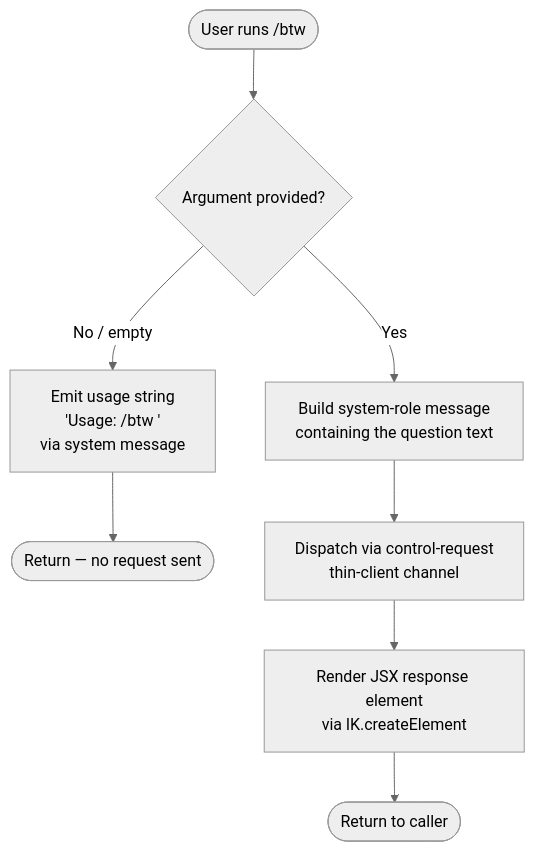
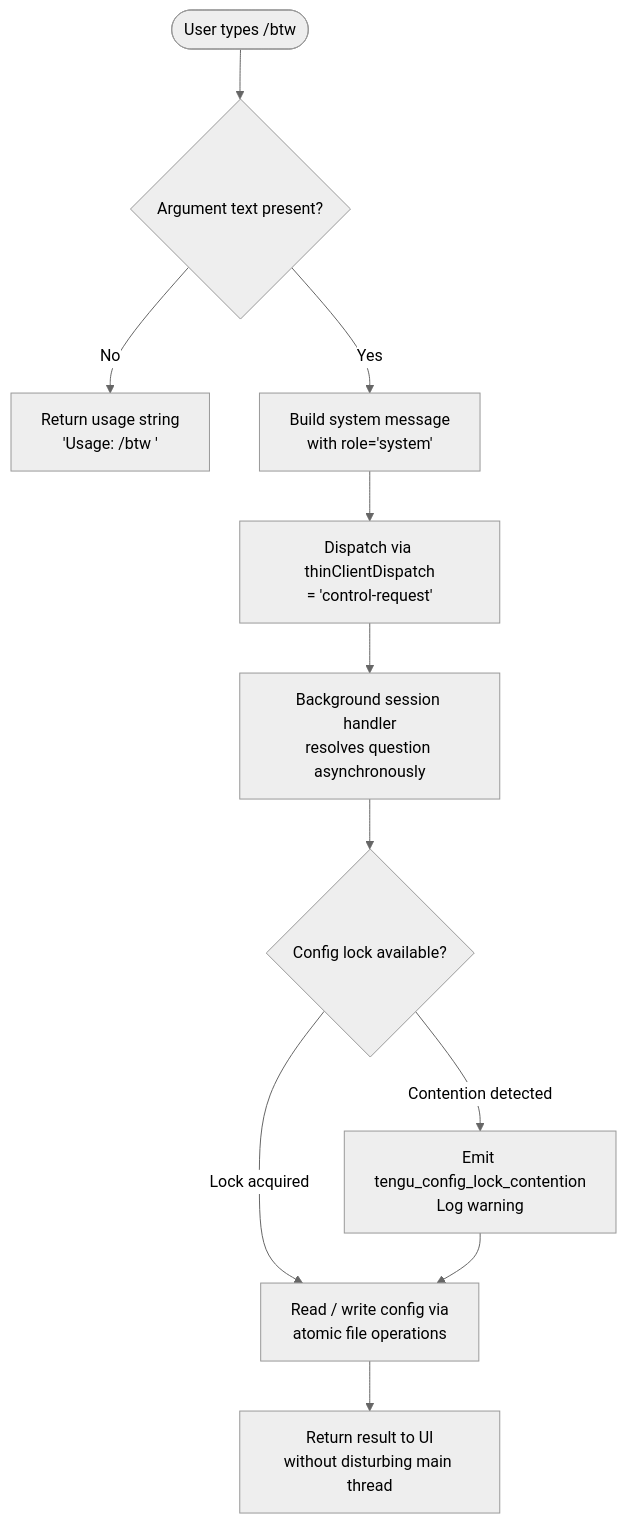
The diagram in versions/v2.1.143/btw.md (MyLittleLuckyDog/cc-gnothi), drawn with Mermaid (neutral theme) before and after one commit. The commit also changed other lines of this file and 87 other files, not shown here.

````diff
--- a/versions/v2.1.143/btw.md
+++ b/versions/v2.1.143/btw.md
@@ -42,10 +48,13 @@
 ```mermaid
 flowchart TD
-    A([User runs /btw]) --> B{Argument provided?}
-    B -- No / empty --> C[Emit usage string\n'Usage: /btw <your question>'\nvia system message]
-    C --> Z([Return — no request sent])
-    B -- Yes --> D[Build system-role message\ncontaining the question text]
-    D --> E[Dispatch via control-request\nthin-client channel]
-    E --> F[Render JSX response element\nvia lK.createElement]
-    F --> Z2([Return to caller])
+    A([User types /btw]) --> B{Argument text present?}
+    B -- No --> C[Return usage string\n'Usage: /btw <your question>']
+    B -- Yes --> D[Build system message\nwith role='system']
+    D --> E[Dispatch via thinClientDispatch\n= 'control-request']
+    E --> F[Background session handler\nresolves question asynchronously]
+    F --> G{Config lock available?}
+    G -- Contention detected --> H[Emit tengu_config_lock_contention\nLog warning]
+    G -- Lock acquired --> I[Read / write config via\natomic file operations]
+    I --> J[Return result to UI\nwithout disturbing main thread]
+    H --> I
 ```
````
